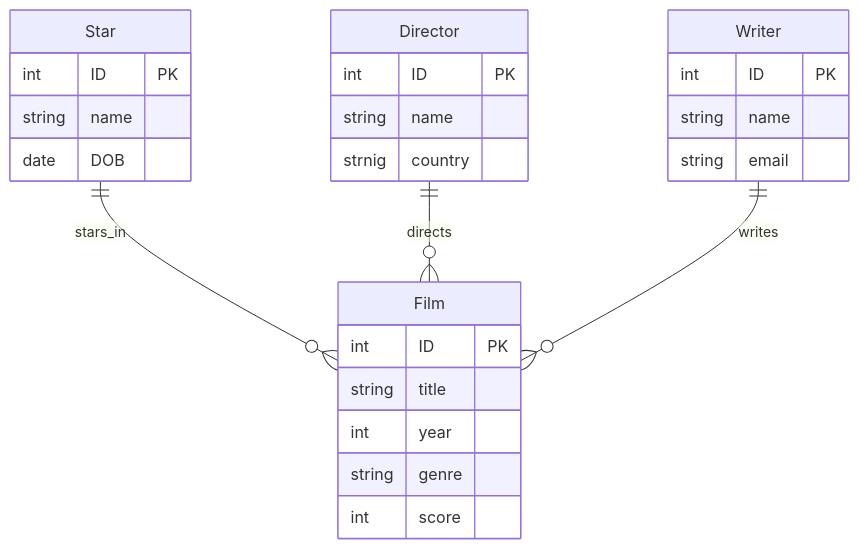
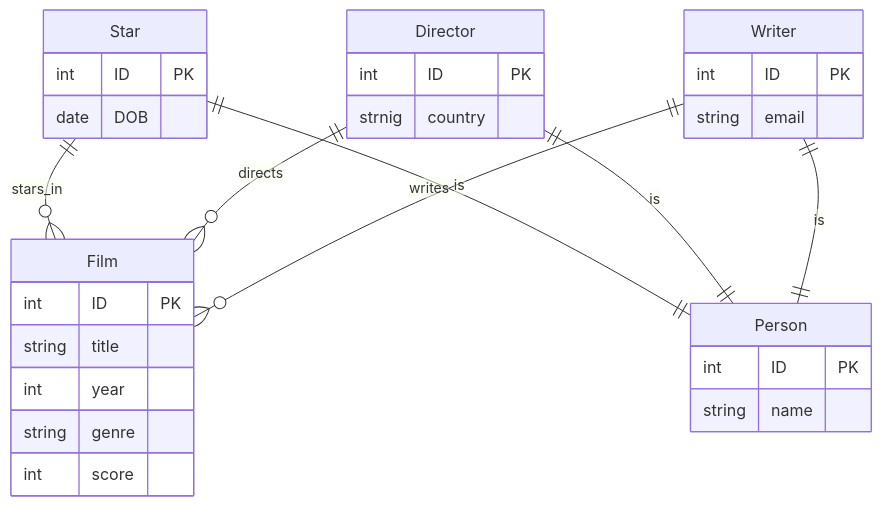
Before and after one commit to boolean-uk/java-apis-sql-relations-and-joins: the diagram in er-diagram.md, drawn with Mermaid. The commit also changed 1 other file, not shown here.

Commit message:
More of extension

`````diff
--- a/er-diagram.md
+++ b/er-diagram.md
@@ -1,29 +1,33 @@
 ````mermaid
 erDiagram
     Director {
         int ID PK
-        string name
         strnig country
     }
     Star {
         int ID PK
-        string name
         date DOB
     }
     Writer {
         int ID PK
-        string name
         string email
     }
     Film {
         int ID PK
         string title
         int year
         string genre
         int score
     }
+    Person {
+        int ID PK
+        string name
+    }
     
     Star ||--o{ Film : stars_in
     Director ||--o{ Film : directs
     Writer ||--o{ Film : writes
+    Star ||--|| Person : is
+    Director ||--|| Person : is
+    Writer ||--|| Person : is
 ````
`````
